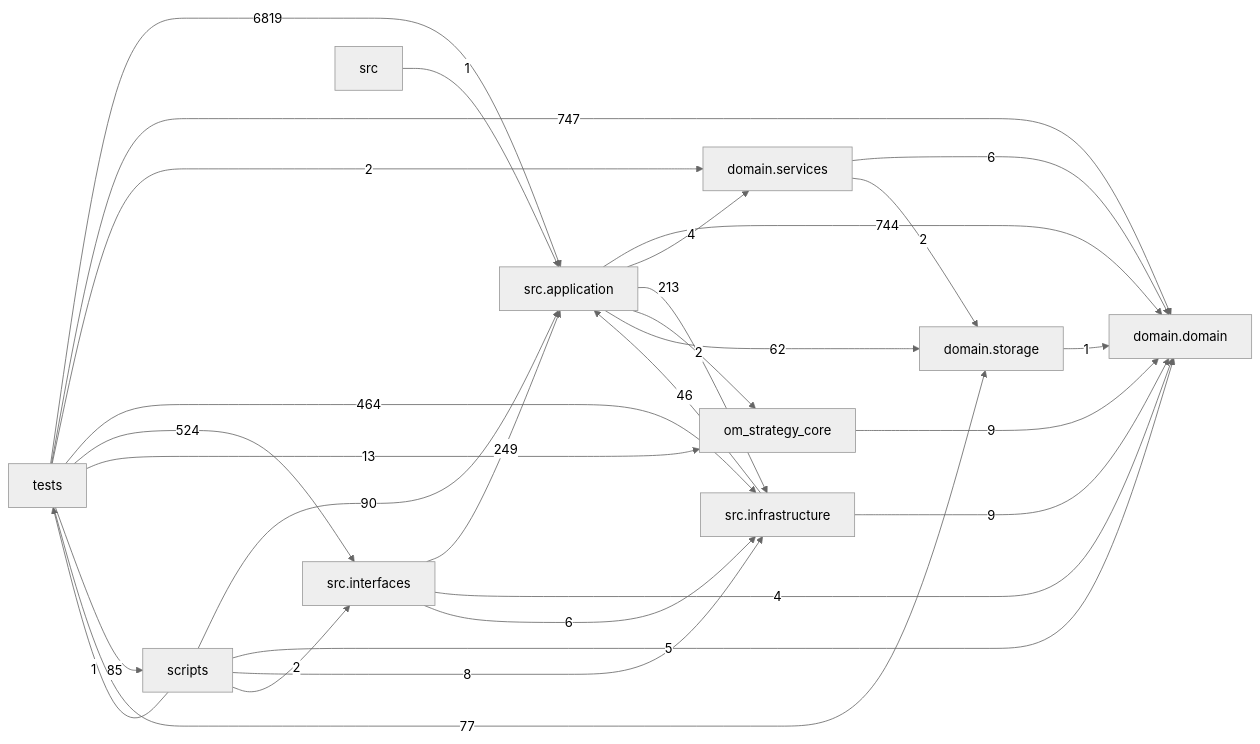
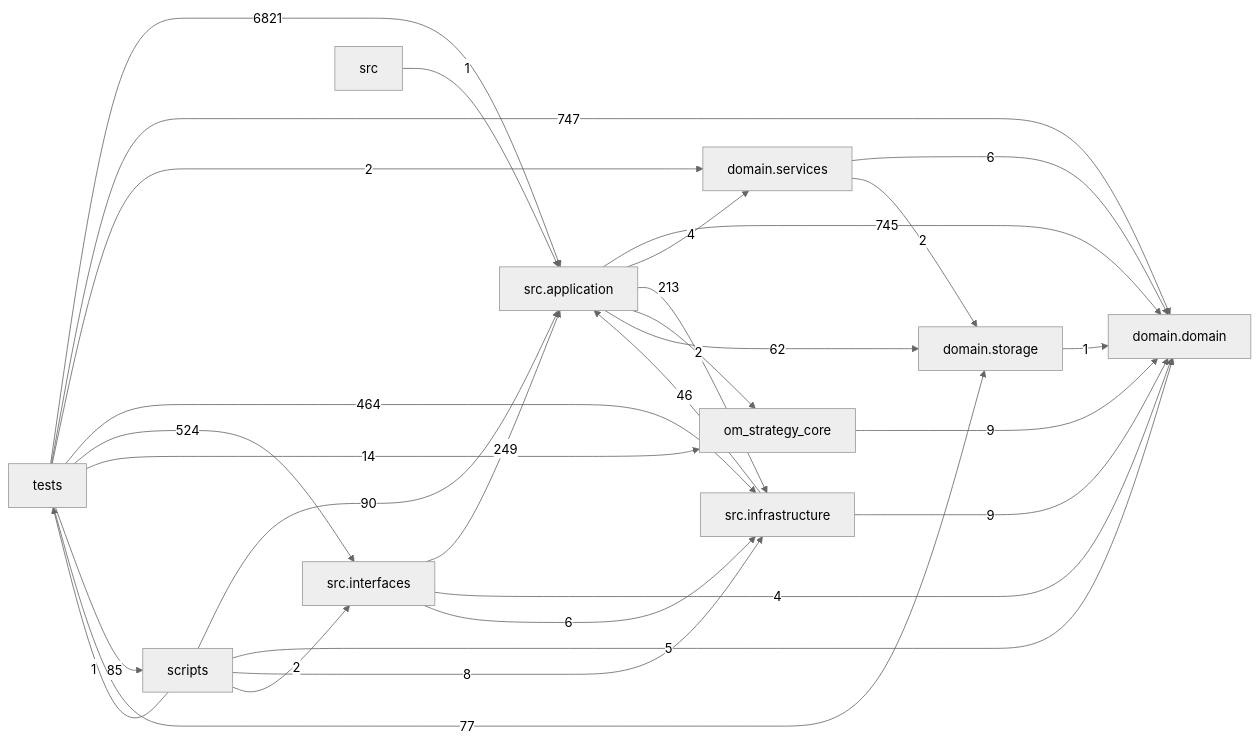
The diagram in docs/DEPENDENCY_GRAPH.md (liuxie066/options-monitor), drawn with Mermaid (neutral theme) before and after one commit. The commit also changed other lines of this file and 17 other files, not shown here.

````diff
--- a/docs/DEPENDENCY_GRAPH.md
+++ b/docs/DEPENDENCY_GRAPH.md
@@ -24,39 +24,39 @@
 ```mermaid
 flowchart LR
   tests["tests"]
   scripts["scripts"]
   interfaces["src.interfaces"]
   application["src.application"]
   infrastructure["src.infrastructure"]
   domain_services["domain.services"]
   domain["domain.domain"]
   storage["domain.storage"]
-  application -->|744| domain
+  application -->|745| domain
   application -->|4| domain_services
   application -->|213| infrastructure
   application -->|2| om_strategy_core
   application -->|62| storage
   domain_services -->|6| domain
   domain_services -->|2| storage
   infrastructure -->|46| application
   infrastructure -->|9| domain
   interfaces -->|249| application
   interfaces -->|4| domain
   interfaces -->|6| infrastructure
   om_strategy_core -->|9| domain
   scripts -->|90| application
   scripts -->|5| domain
   scripts -->|8| infrastructure
   scripts -->|2| interfaces
   scripts -->|1| tests
   src -->|1| application
   storage -->|1| domain
-  tests -->|6819| application
+  tests -->|6821| application
   tests -->|747| domain
   tests -->|2| domain_services
   tests -->|464| infrastructure
   tests -->|524| interfaces
-  tests -->|13| om_strategy_core
+  tests -->|14| om_strategy_core
   tests -->|85| scripts
   tests -->|77| storage
 ```
````
